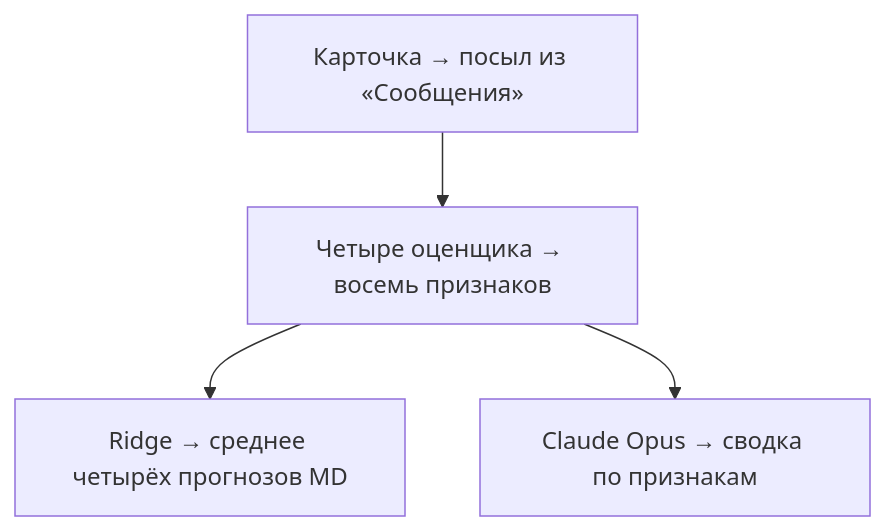
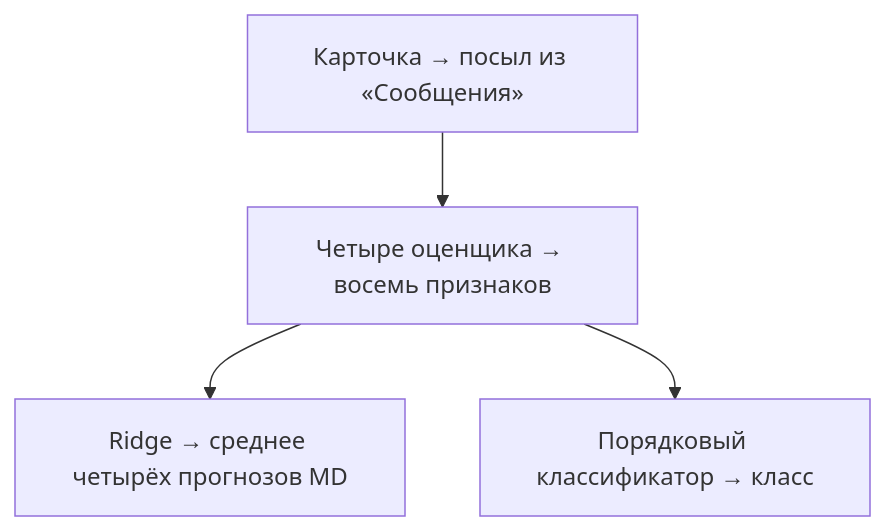
The diagram in README.md (Gavshme/AIPM-3.1_scenarios), drawn with Mermaid before and after one commit. The commit also changed other lines of this file and 7 other files, not shown here.

````diff
--- a/README.md
+++ b/README.md
@@ -17,6 +17,6 @@
 ```mermaid
 flowchart TD
     A["Карточка → посыл из «Сообщения»"] --> B["Четыре оценщика → восемь признаков"]
     B --> C["Ridge → среднее четырёх прогнозов MD"]
-    B --> D["Claude Opus → сводка по признакам"]
+    B --> D["Порядковый классификатор → класс"]
 ```
````
